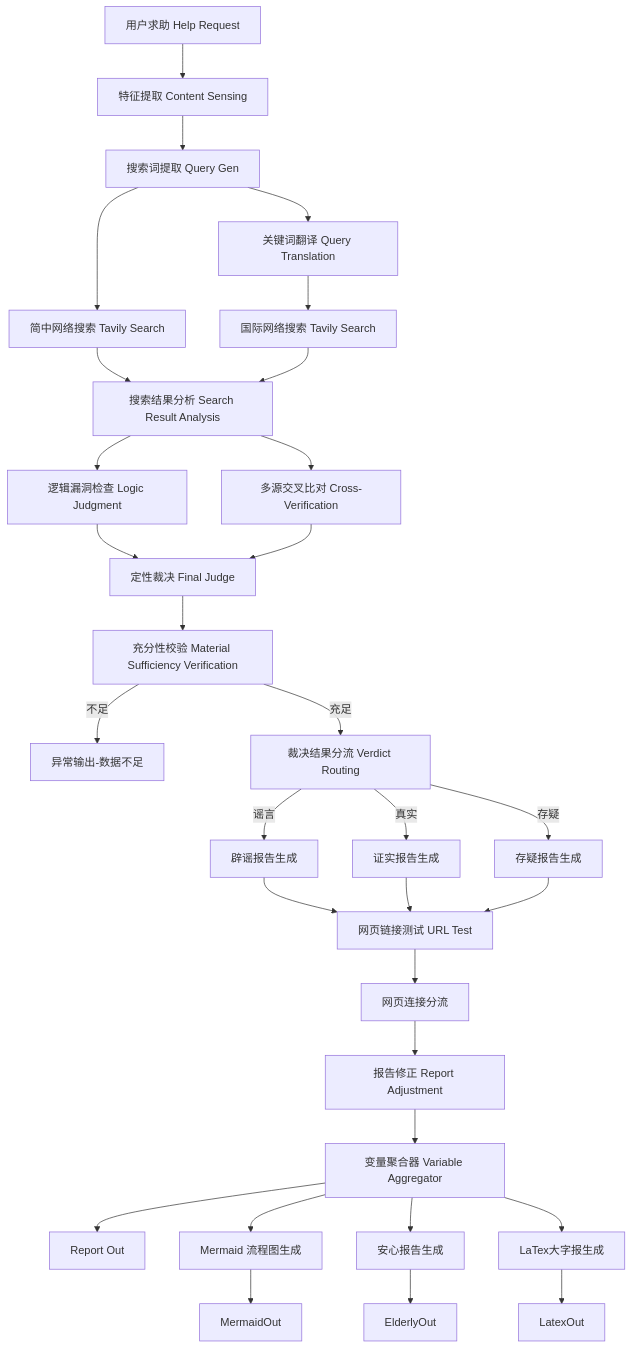
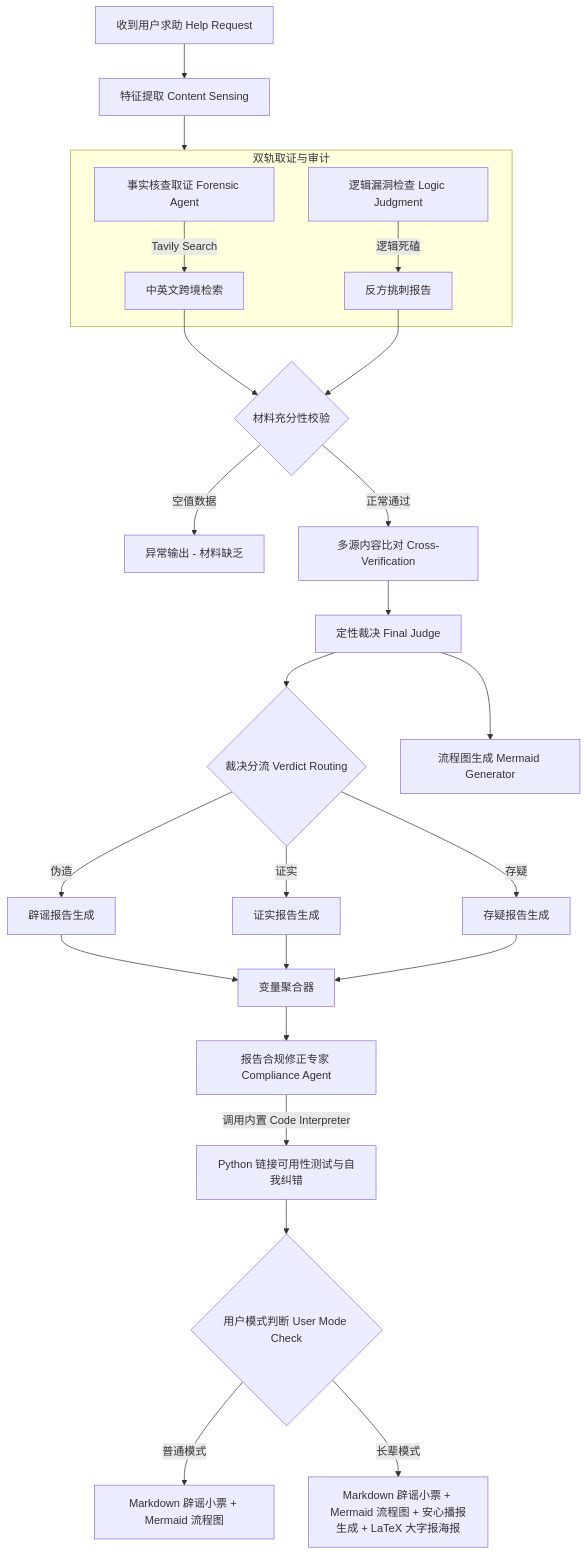
Before and after one commit to tensonyin/VeriFlow-AntiRumor: the second of 3 diagrams in PROJECT_PROCESS.md, drawn with Mermaid. The commit also changed other lines of this file and 30 other files, not shown here.

````diff
--- a/PROJECT_PROCESS.md
+++ b/PROJECT_PROCESS.md
@@ -41,30 +86,31 @@
 ```mermaid
 graph TD
-    In[用户求助 Help Request] --> Sensing[特征提取 Content Sensing]
-    Sensing --> QGen[搜索词提取 Query Gen]
-    QGen --> QTrans[关键词翻译 Query Translation]
-    QGen --> CNSearch[简中网络搜索 Tavily Search]
-    QTrans --> ENIndex[国际网络搜索 Tavily Search]
-    CNSearch & ENIndex --> Analysis[搜索结果分析 Search Result Analysis]
-    Analysis --> Logic[逻辑漏洞检查 Logic Judgment]
-    Analysis --> Cross[多源交叉比对 Cross-Verification]
-    Logic & Cross --> Judge[定性裁决 Final Judge]
+    In[收到用户求助 Help Request] --> Sensing[特征提取 Content Sensing]
+    Sensing --> Parallel[双轨并行处理]
     
-    Judge --> Suff[充分性校验 Material Sufficiency Verification]
-    Suff -->|不足| ErrOut[异常输出-数据不足]
-    Suff -->|充足| Route[裁决结果分流 Verdict Routing]
+    subgraph Parallel [双轨取证与审计]
+        Forensic[事实核查取证 Forensic Agent] -->|Tavily Search| WebSearch[中英文跨境检索]
+        Logic[逻辑漏洞检查 Logic Judgment] -->|逻辑死磕| RedReport[反方挑刺报告]
+    end
     
-    Route -->|谣言| Rumor[辟谣报告生成]
-    Route -->|真实| Proved[证实报告生成]
+    WebSearch & RedReport --> Suff{材料充分性校验}
+    Suff -->|空值数据| ErrOut[异常输出 - 材料缺乏]
+    Suff -->|正常通过| Matrix[多源内容比对 Cross-Verification]
+    
+    Matrix --> Judge[定性裁决 Final Judge]
+    
+    Judge --> Route{裁决分流 Verdict Routing}
+    Route -->|伪造| Rumor[辟谣报告生成]
+    Route -->|证实| Proved[证实报告生成]
     Route -->|存疑| Doubt[存疑报告生成]
     
-    Rumor & Proved & Doubt --> URLTest[网页链接测试 URL Test]
-    URLTest --> URLRoute[网页连接分流]
-    URLRoute --> Adjust[报告修正 Report Adjustment]
+    Judge --> MermaidGen[流程图生成 Mermaid Generator]
     
-    Adjust --> VarAgg[变量聚合器 Variable Aggregator]
-    VarAgg --> ReportOut[Report Out]
-    VarAgg --> MermaidGen[Mermaid 流程图生成] --> MermaidOut
-    VarAgg --> ElderlyGen[安心报告生成] --> ElderlyOut
-    VarAgg --> LatexGen[LaTex大字报生成] --> LatexOut
+    Rumor & Proved & Doubt --> VarAgg[变量聚合器] --> Compliance[报告合规修正专家 Compliance Agent]
+    
+    Compliance -->|调用内置 Code Interpreter| PythonRun[Python 链接可用性测试与自我纠错]
+    
+    PythonRun --> ModeCheck{用户模式判断 User Mode Check}
+    ModeCheck -->|普通模式| NormalOut[Markdown 辟谣小票 + Mermaid 流程图]
+    ModeCheck -->|长辈模式| ElderGen[Markdown 辟谣小票 + Mermaid 流程图 + 安心播报生成 + LaTeX 大字报海报]
 ```
````
